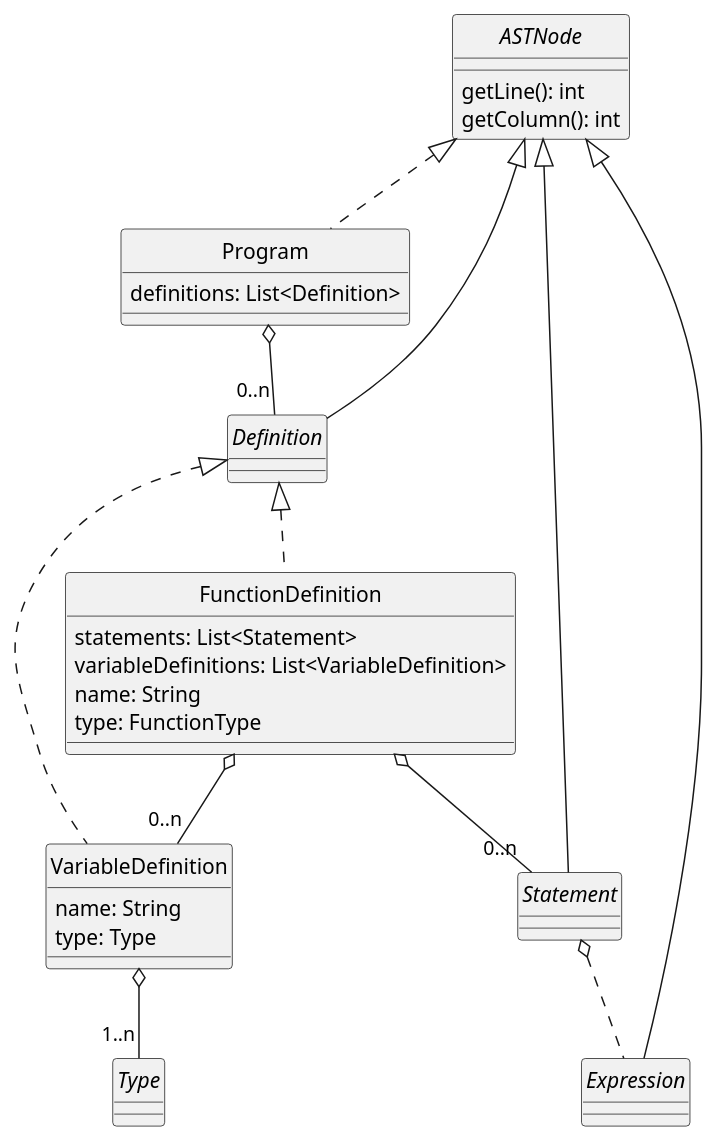
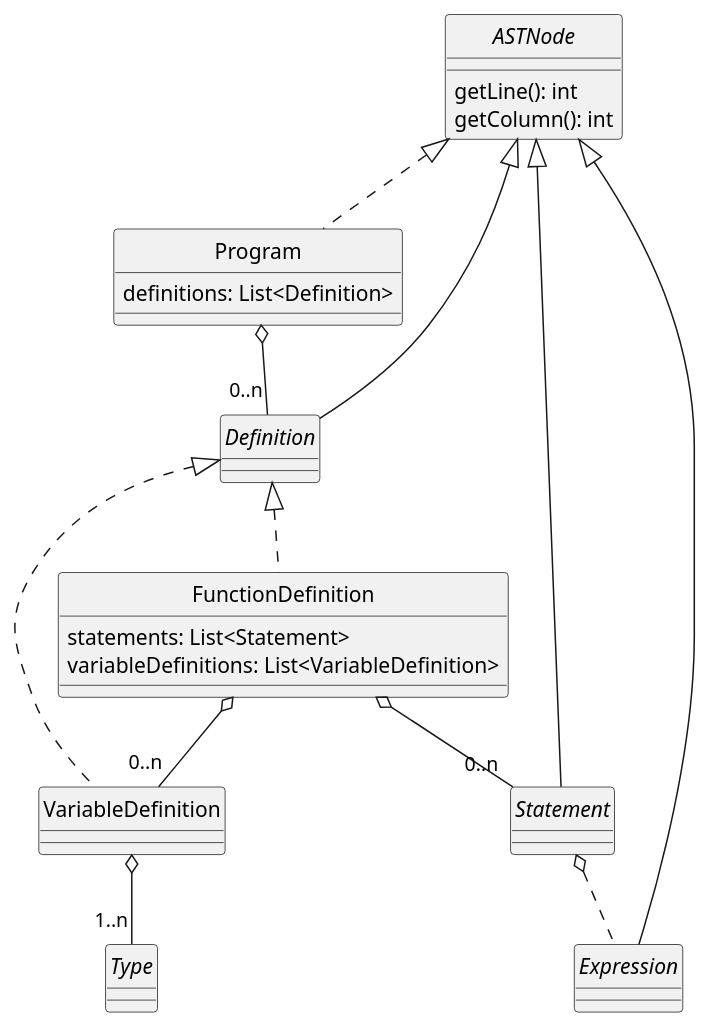
Before and after one commit to uo271288/dlp-compiler: the diagram in docs/diagrams/program.plantuml, drawn with PlantUML. The commit also changed 2 other files, not shown here.

Commit message:
Diagrams updated

```diff
--- a/docs/diagrams/program.plantuml
+++ b/docs/diagrams/program.plantuml
@@ -1,47 +1,43 @@
 @startuml Program
 skinparam style strictuml
 skinparam monochrome true
 
 
 interface ASTNode {
     getLine(): int
     getColumn(): int
 }
 
 class Program {
     definitions: List<Definition>
 }
 
 interface Statement
 
 interface Expression
 
 interface Definition
 
 class VariableDefinition {
-    name: String
-    type: Type
 }
 
 class FunctionDefinition {
     statements: List<Statement>
     variableDefinitions: List<VariableDefinition>
-    name: String
-    type: FunctionType
 }
 
 interface Type
 
 ASTNode <|.. Program
 ASTNode <|-- Statement
 ASTNode <|-- Expression
 ASTNode <|-- Definition
 Program o-- "0..n" Definition
 Statement o.. Expression
 Definition <|.. VariableDefinition
 Definition <|.. FunctionDefinition
 FunctionDefinition o-- "0..n" Statement
 FunctionDefinition o-- "0..n" VariableDefinition
 VariableDefinition o-- "1..n" Type
 
 @enduml
```
